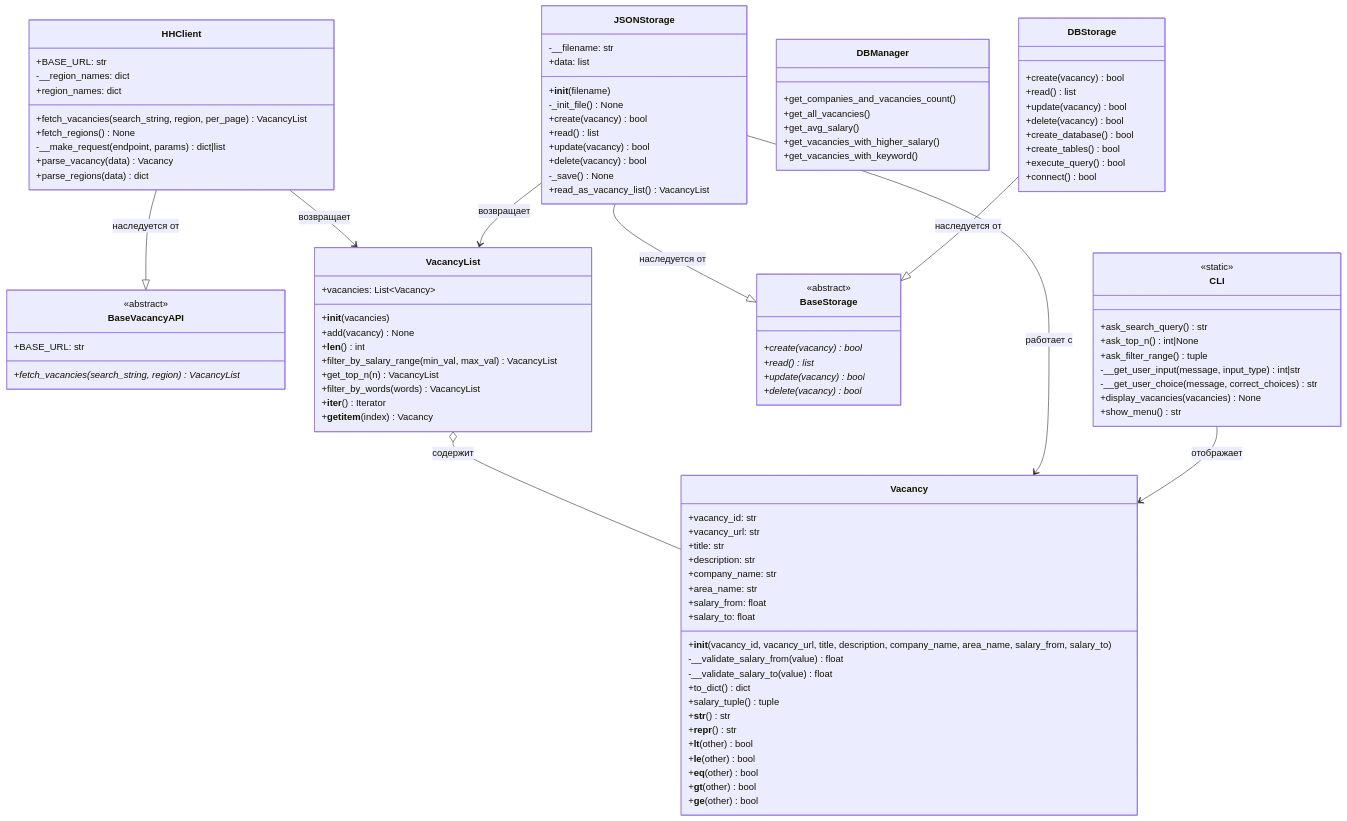
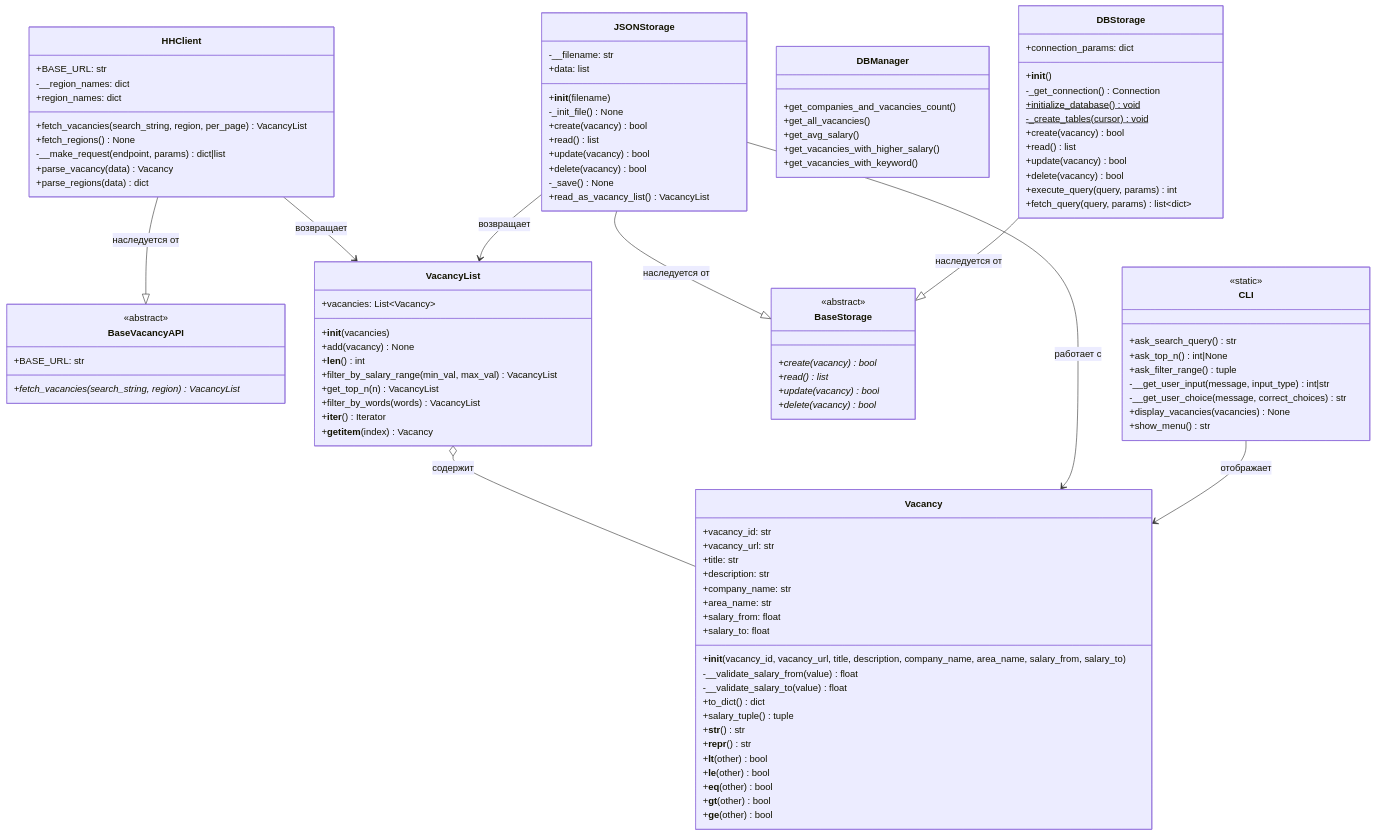
Before and after one commit to dagniden/HHParser: the diagram in README.md, drawn with Mermaid. The commit also changed other lines of this file and 1 other file, not shown here.

Commit message:
Рефакторинг DBStorage, реализация execute_query и fetch_query

```diff
--- a/README.md
+++ b/README.md
@@ -111,14 +111,17 @@
     }
 
     class DBStorage {
+        +connection_params: dict
+        +__init__()
+        -_get_connection() Connection
+        +initialize_database()$ void
+        -_create_tables(cursor)$ void
         +create(vacancy) bool
         +read() list
         +update(vacancy) bool
         +delete(vacancy) bool
-        +create_database() bool
-        +create_tables() bool
-        +execute_query() bool
-        +connect() bool
+        +execute_query(query, params) int
+        +fetch_query(query, params) list~dict~
     }
 
     class DBManager {
```
